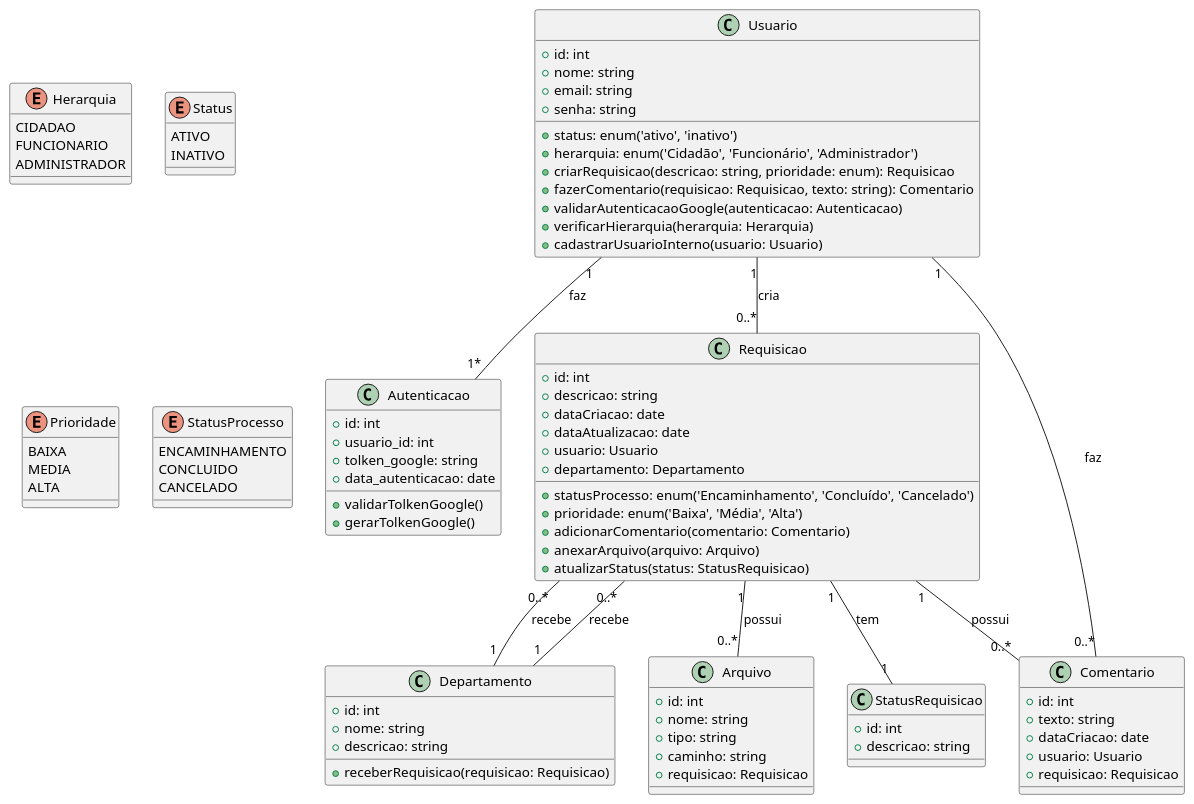
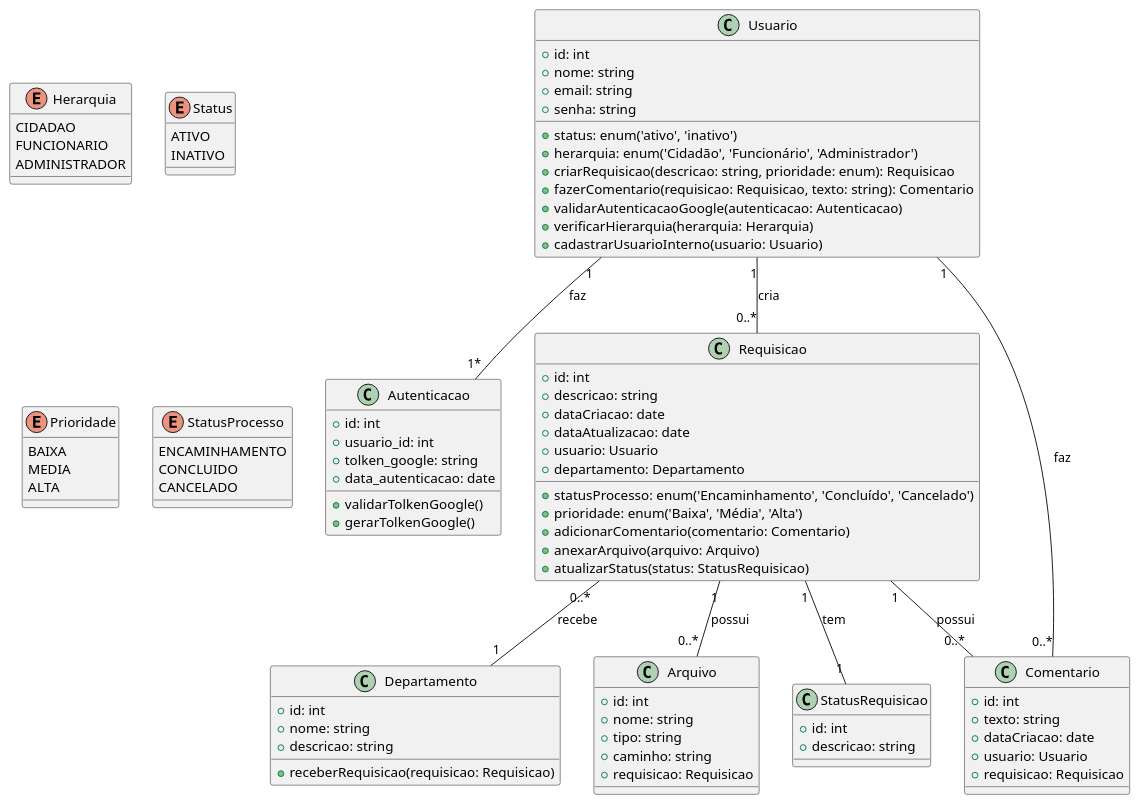
The diagram in diagramas/DC-CityHub.puml (Francielefernandes06/documentacao-projeto-coorporativo-2024.2), drawn with PlantUML before and after one commit.

Commit message:
corrigindo relação de classes entre requisição e departamento

```diff
--- a/diagramas/DC-CityHub.puml
+++ b/diagramas/DC-CityHub.puml
@@ -1,104 +1,103 @@
 @startuml
 
 ' Definindo as classes principais
 class Usuario {
   +id: int
   +nome: string
   +email: string
   +senha: string
   +status: enum('ativo', 'inativo')
   +herarquia: enum('Cidadão', 'Funcionário', 'Administrador')
   +criarRequisicao(descricao: string, prioridade: enum): Requisicao
   +fazerComentario(requisicao: Requisicao, texto: string): Comentario
   +validarAutenticacaoGoogle(autenticacao: Autenticacao)
   +verificarHierarquia(herarquia: Herarquia)
   +cadastrarUsuarioInterno(usuario: Usuario)
 
 }
 
 class Autenticacao {
     +id: int
     +usuario_id: int
     +tolken_google: string
     +data_autenticacao: date
     +validarTolkenGoogle()
     +gerarTolkenGoogle()
 }
 
 class Requisicao {
   +id: int
   +descricao: string
   +dataCriacao: date
   +dataAtualizacao: date
   +usuario: Usuario
   +departamento: Departamento
   +statusProcesso: enum('Encaminhamento', 'Concluído', 'Cancelado')
   +prioridade: enum('Baixa', 'Média', 'Alta')
   +adicionarComentario(comentario: Comentario)
   +anexarArquivo(arquivo: Arquivo)
   +atualizarStatus(status: StatusRequisicao)
 }
 
 class Departamento {
   +id: int
   +nome: string
   +descricao: string
   +receberRequisicao(requisicao: Requisicao)
 }
 
 class Comentario {
   +id: int
   +texto: string
   +dataCriacao: date
   +usuario: Usuario
   +requisicao: Requisicao
 }
 
 class Arquivo {
   +id: int
   +nome: string
   +tipo: string
   +caminho: string
   +requisicao: Requisicao
 }
 
 class StatusRequisicao {
   +id: int
   +descricao: string
 }
 
 ' Enum
 enum Herarquia {
     CIDADAO
     FUNCIONARIO
     ADMINISTRADOR
 }
 
 enum Status {
     ATIVO
     INATIVO
 }
 
 enum Prioridade {
     BAIXA
     MEDIA
     ALTA
 }
 
 enum StatusProcesso {
     ENCAMINHAMENTO
     CONCLUIDO
     CANCELADO
 }
 
 ' Definindo as relações
 Usuario "1" -- "0..*" Requisicao : cria
 Usuario "1" -- "0..*" Comentario : faz
 Usuario "1" -- "1*" Autenticacao : faz
 Requisicao "1" -- "0..*" Comentario : possui
 Requisicao "1" -- "0..*" Arquivo : possui
 Requisicao "1" -- "1" StatusRequisicao : tem
 Requisicao "0..*" -- "1" Departamento : recebe
-Departamento "1" -- "0..*" Requisicao : recebe
 
 @enduml
```
